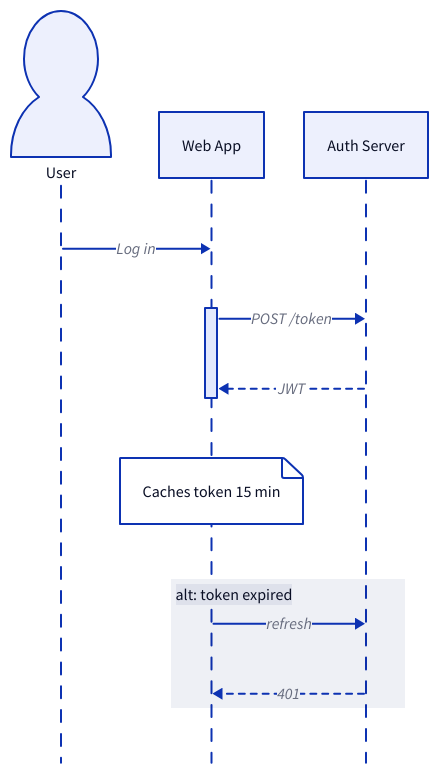
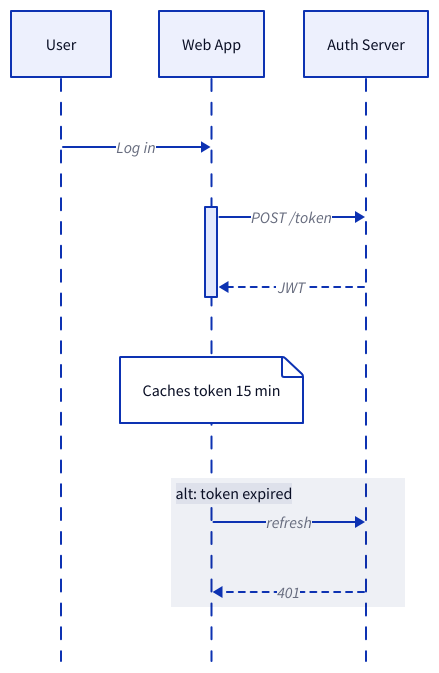
Diagram 14 of 16 in d2-diagram/reference/syntax.md (if212/code-examples), drawn with D2 before and after one commit. The commit also changed other lines of this file and 392 other files, not shown here.

First line of the commit message:
WIP: d2-diagram rewrite snapshot (wave 3: toolchain UX, docs, entry point)

````diff
--- a/d2-diagram/reference/syntax.md
+++ b/d2-diagram/reference/syntax.md
@@ -373,14 +376,14 @@
 ```d2
 shape: sequence_diagram
-user: User {shape: person}
+user: User
 app: Web App
 auth: Auth Server
 user -> app: Log in
 app.t1 -> auth: POST /token
 auth -> app.t1: JWT {style.stroke-dash: 3}
 app."Caches token 15 min"
 refresh: "alt: token expired" {
   app -> auth: refresh
   auth -> app: 401 {style.stroke-dash: 3}
 }
 ```
````
